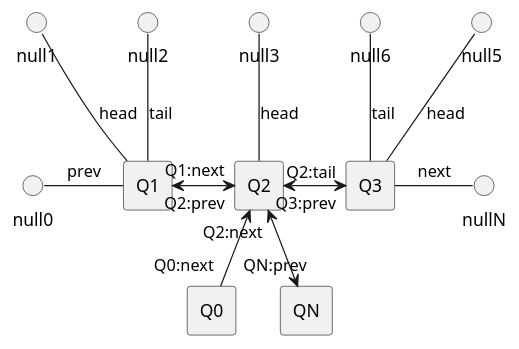
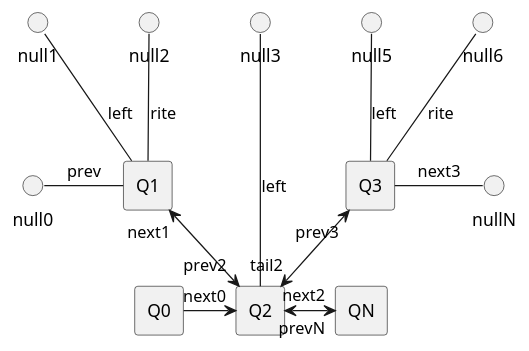
Before and after one commit to vitalispopoff/calculator: the diagram in src/docs/UML/convertToLocalTree/06.puml, drawn with PlantUML. The commit also changed 20 other files, not shown here.

```diff
--- a/src/docs/UML/convertToLocalTree/06.puml
+++ b/src/docs/UML/convertToLocalTree/06.puml
@@ -1,31 +1,35 @@
 @startuml
 
 rectangle Q0
 
 rectangle Q1
 rectangle Q2
 rectangle Q3
 
 rectangle QN
 
 Q1 -left-() null0:prev
 
-Q1  -up-() null2:tail
-Q1  -up-() null1:head
 
-Q0 "Q0:next" -up-> Q2
-Q1 "Q1:next" <--right--> "Q2:prev" Q2
-
-Q2  -up-() null3:head
-
-Q2 "Q2:tail" <-right-> "Q3:prev" Q3
-
-Q2 "Q2:next" <-down-> "QN:prev" QN
-
-Q3  -up-() null6:tail
-Q3  -up-() null5:head
-
-Q3  -right-() nullN:next
+Q1  -up-() null1:"left"
+Q1  -up-() null2:"rite"
 
 
+Q0 "next0" -right-> Q2
+
+Q1 "next1" <-down-> "prev2" Q2
+
+Q2  --up-() null3:"left"
+
+Q2 "tail2" <-up-> "prev3" Q3
+
+Q2 "next2" <-right-> "prevN" QN
+
+Q3  -up-() null5:"left"
+Q3  -up-() null6:"rite"
+
+Q3  -right-() nullN:next3
+
+Q1 -[hidden]- Q0
+Q3 -[hidden]- QN
 @enduml
```
